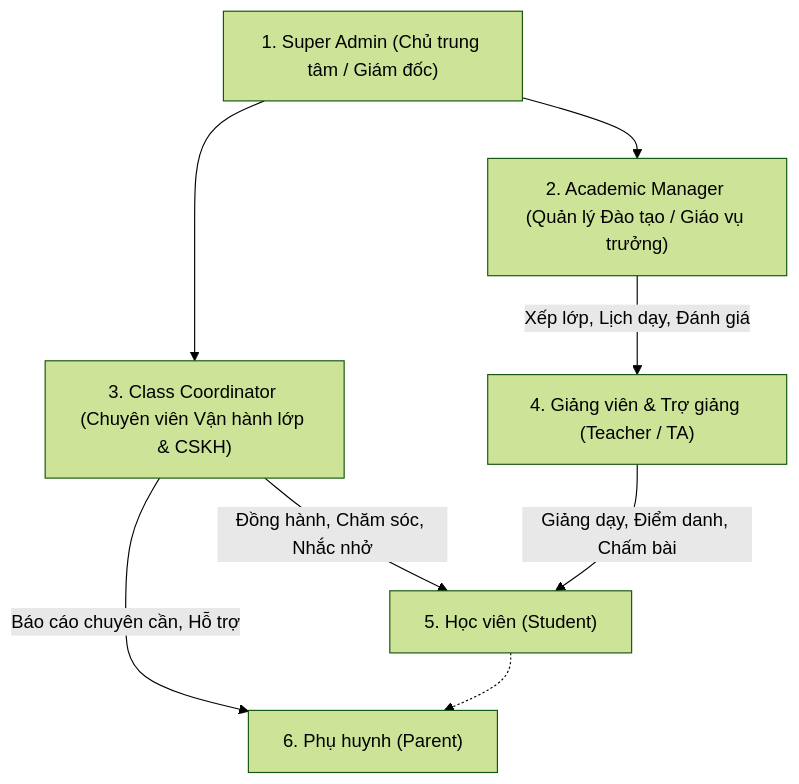
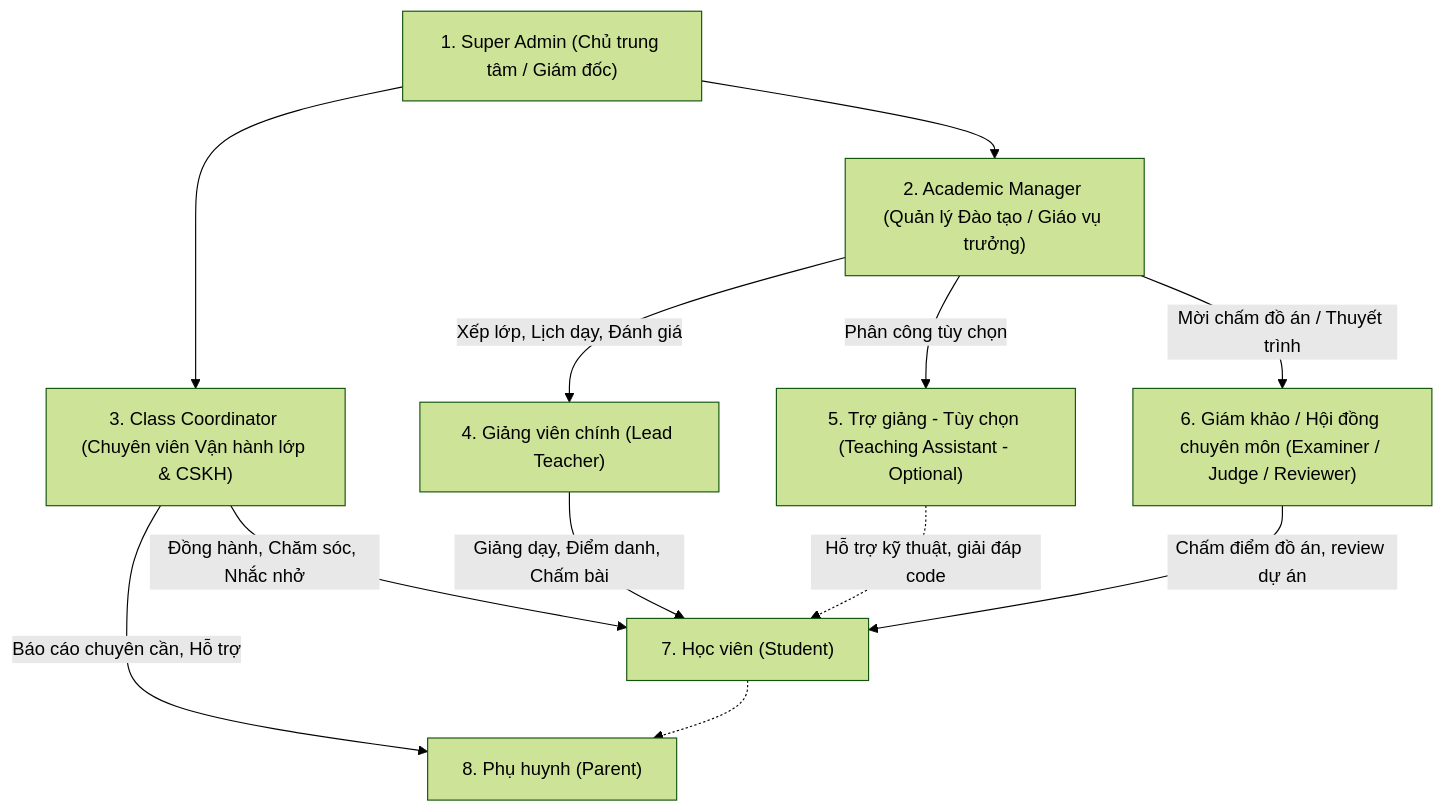
The diagram in docs/requirements.md (thang1834/lms), drawn with Mermaid (forest theme) before and after one commit. The commit also changed other lines of this file and 5 other files, not shown here.

Commit message:
feat(docs): add examiner role, teacher late alerts, direct course store, and comprehensive swagger annotations

````diff
--- a/docs/requirements.md
+++ b/docs/requirements.md
@@ -30,17 +30,23 @@
 ```mermaid
 flowchart TD
     SuperAdmin["1. Super Admin (Chủ trung tâm / Giám đốc)"]
     AcademicMgr["2. Academic Manager (Quản lý Đào tạo / Giáo vụ trưởng)"]
     ClassCoord["3. Class Coordinator (Chuyên viên Vận hành lớp & CSKH)"]
-    Teacher["4. Giảng viên & Trợ giảng (Teacher / TA)"]
-    Student["5. Học viên (Student)"]
-    Parent["6. Phụ huynh (Parent)"]
+    Teacher["4. Giảng viên chính (Lead Teacher)"]
+    TA["5. Trợ giảng - Tùy chọn (Teaching Assistant - Optional)"]
+    Examiner["6. Giám khảo / Hội đồng chuyên môn (Examiner / Judge / Reviewer)"]
+    Student["7. Học viên (Student)"]
+    Parent["8. Phụ huynh (Parent)"]
 
     SuperAdmin --> AcademicMgr
     SuperAdmin --> ClassCoord
     AcademicMgr --> |Xếp lớp, Lịch dạy, Đánh giá| Teacher
+    AcademicMgr --> |Phân công tùy chọn| TA
+    AcademicMgr --> |Mời chấm đồ án / Thuyết trình| Examiner
     ClassCoord --> |Đồng hành, Chăm sóc, Nhắc nhở| Student
     ClassCoord --> |Báo cáo chuyên cần, Hỗ trợ| Parent
     Teacher --> |Giảng dạy, Điểm danh, Chấm bài| Student
+    TA -.-> |Hỗ trợ kỹ thuật, giải đáp code| Student
+    Examiner --> |Chấm điểm đồ án, review dự án| Student
     Student -.-> Parent
 ```
````
